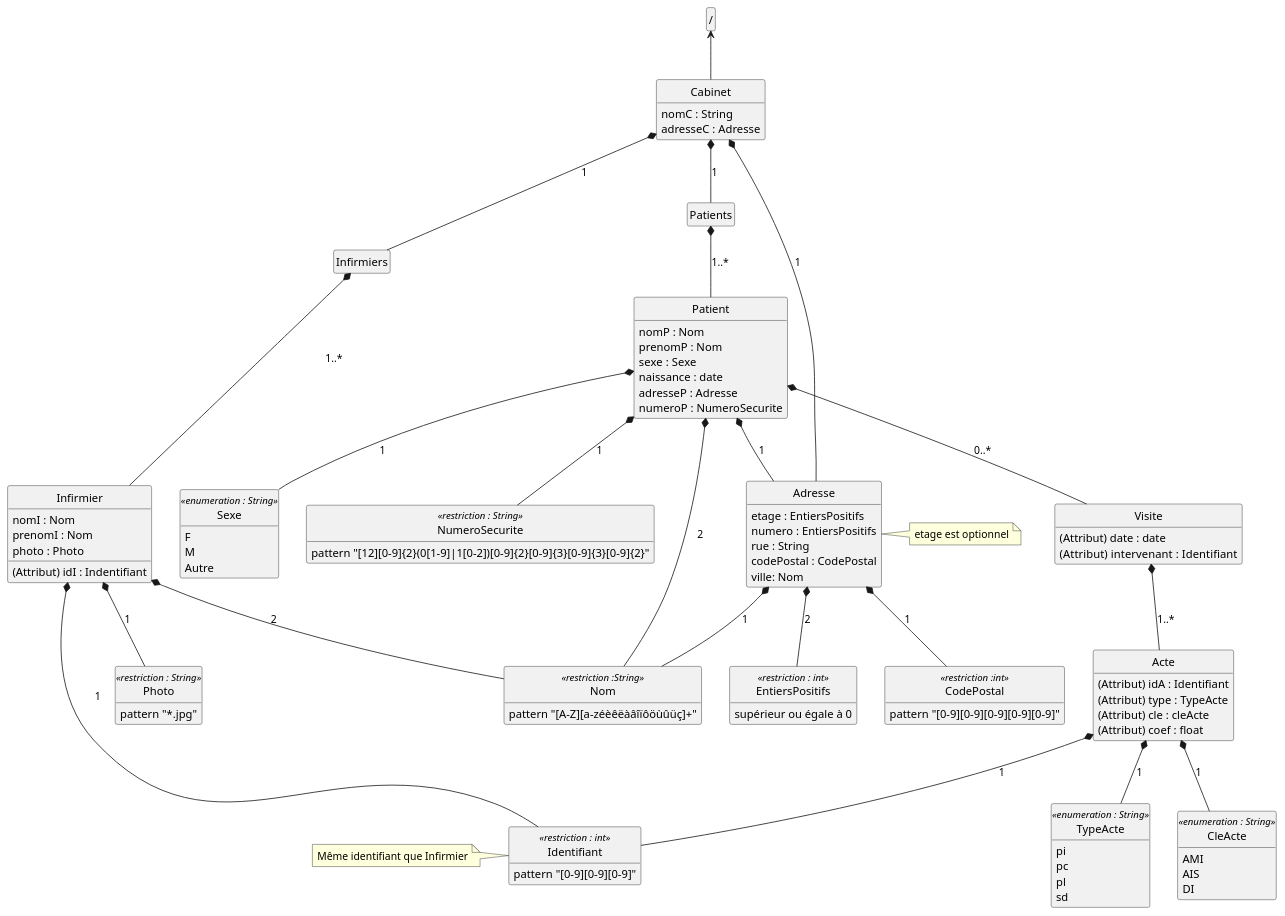
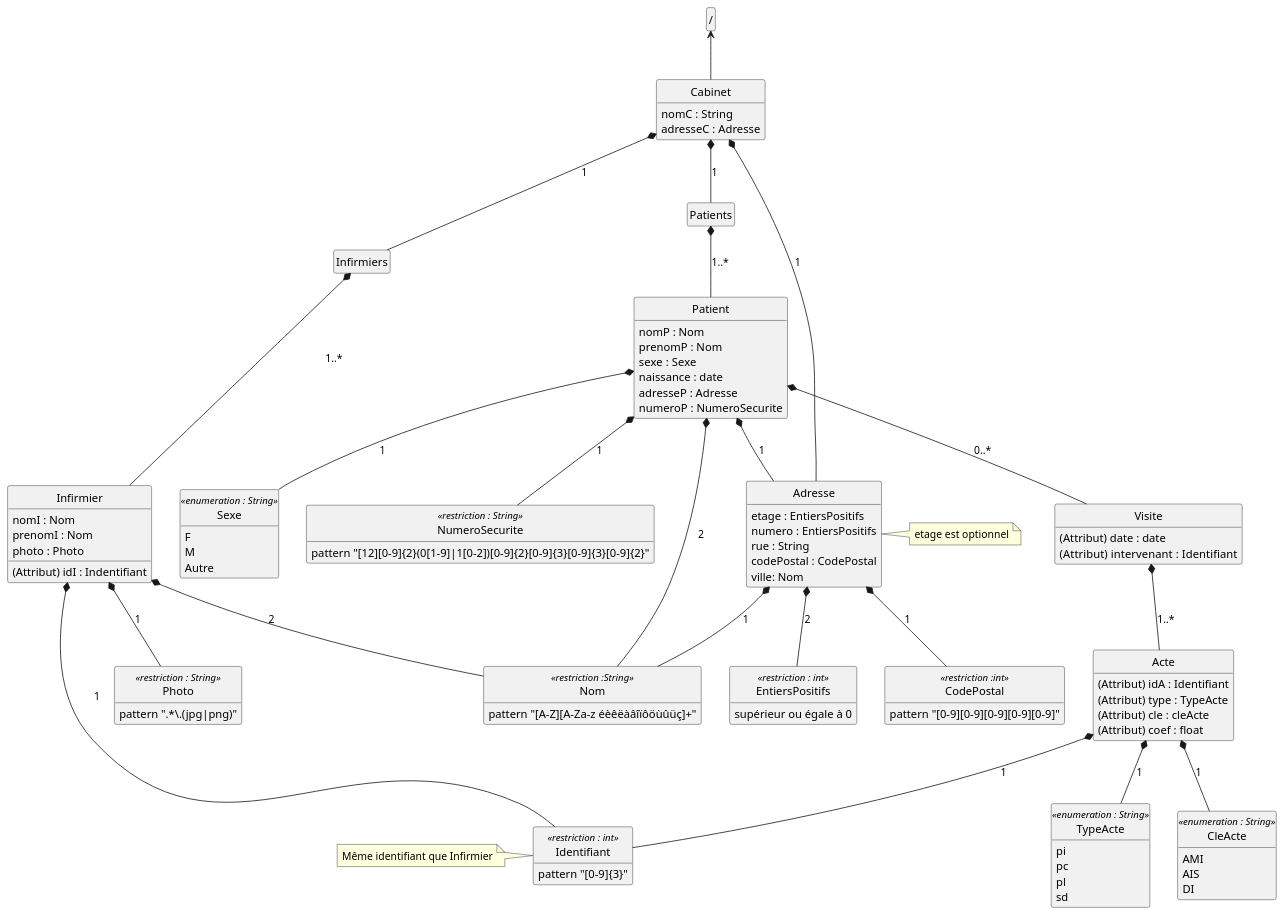
One commit to miaraosomaki/CabinetInfirmier changed the diagram in DATA/cabinetModel.puml. Above: the diagram before and after it, drawn with PlantUML. The commit also changed 9 other files, not shown here.

```diff
--- a/DATA/cabinetModel.puml
+++ b/DATA/cabinetModel.puml
@@ -1,131 +1,131 @@
 @startuml
 hide circle
 hide empty members
 
 class "/" as root
 
 class Cabinet {
     nomC : String 
     adresseC : Adresse
 }
 
 class EntiersPositifs  <<restriction : int>>{
     supérieur ou égale à 0
 }
 
 class CodePostal  << restriction :int>>{
     pattern "[0-9][0-9][0-9][0-9][0-9]"
 }
 
 class Nom  << restriction :String >>{
-    pattern "[A-Z][a-zéèêëàâîïôöùûüç]+"
+    pattern "[A-Z][A-Za-z éèêëàâîïôöùûüç]+"
 
 }
 
 class Infirmiers {
 }
 
 class Infirmier {
     (Attribut) idI : Indentifiant
     nomI : Nom
     prenomI : Nom
     photo : Photo
 }
 
 class Identifiant  << restriction : int >>{
-    pattern "[0-9][0-9][0-9]"
+    pattern "[0-9]{3}"
 }
 
 class Photo << restriction : String>>{
-    pattern "*.jpg"
+    pattern ".*\.(jpg|png)"
 }
 
 class Patients {
 }
 
 class Patient {
     nomP : Nom
     prenomP : Nom
     sexe : Sexe
     naissance : date
     adresseP : Adresse
     numeroP : NumeroSecurite
 }
 
 class Sexe << enumeration : String>>{
     F
     M
     Autre
 }
 
 class NumeroSecurite << restriction : String >>{
     pattern "[12][0-9]{2}(0[1-9]|1[0-2])[0-9]{2}[0-9]{3}[0-9]{3}[0-9]{2}"
 }
 
 
 class Adresse {
     etage : EntiersPositifs 
     numero : EntiersPositifs
     rue : String
     codePostal : CodePostal
     ville: Nom
 }
 
 class Visite {
     (Attribut) date : date 
     (Attribut) intervenant :  Identifiant
 }
 
 class Acte {
     (Attribut) idA : Identifiant
     (Attribut) type : TypeActe
     (Attribut) cle : cleActe
     (Attribut) coef : float
 }
 
 class TypeActe <<enumeration : String>> {
     pi
     pc
     pl
     sd
 }
 
 class CleActe <<enumeration : String>> {
     AMI
     AIS
     DI
 }
 
 
 root <-- Cabinet
 Cabinet *-- Adresse : 1
 Cabinet *-- Infirmiers : 1
 Cabinet *-- Patients : 1
 
 Adresse *-- EntiersPositifs : 2
 Adresse *-- CodePostal : 1
 Adresse *-- Nom : 1
 note right of Adresse : etage est optionnel 
 
 Infirmiers *-- Infirmier : 1..*
 Infirmier *-- Nom : 2
 Infirmier *-- Identifiant : 1
 Infirmier *-- Photo : 1
 
 Patients *-- Patient : 1..*
 Patient *-- Adresse : 1
 Patient *-- Visite : 0..*
 Patient *-- Nom : 2
 Patient *-- Sexe : 1
 Patient *-- NumeroSecurite : 1
 
 Visite *-- Acte : 1..*
 
 Acte *-- TypeActe : 1
 Acte *-- CleActe : 1
 Acte *-- Identifiant : 1
 note left of Identifiant : Même identifiant que Infirmier
 
 
 
 @enduml
```
